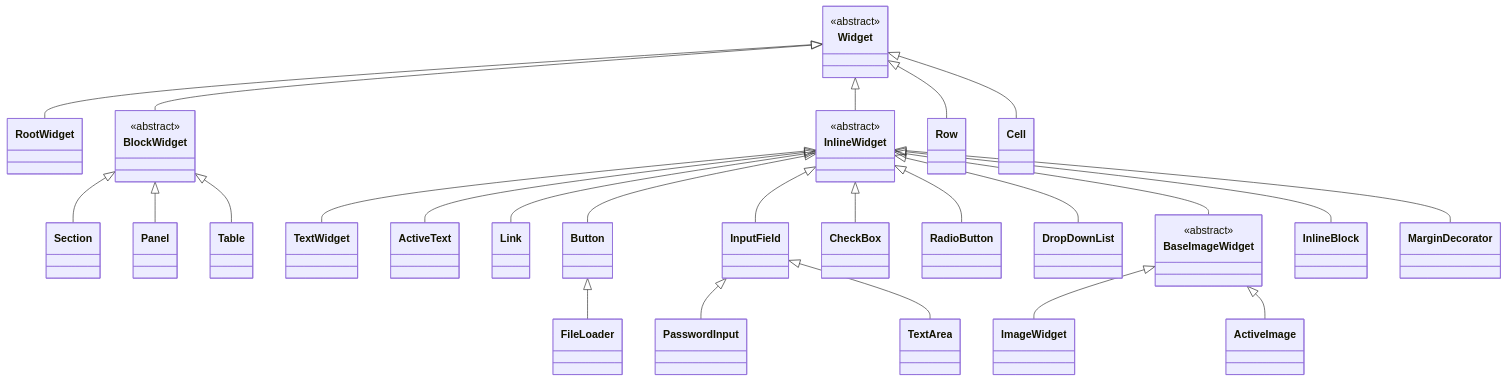
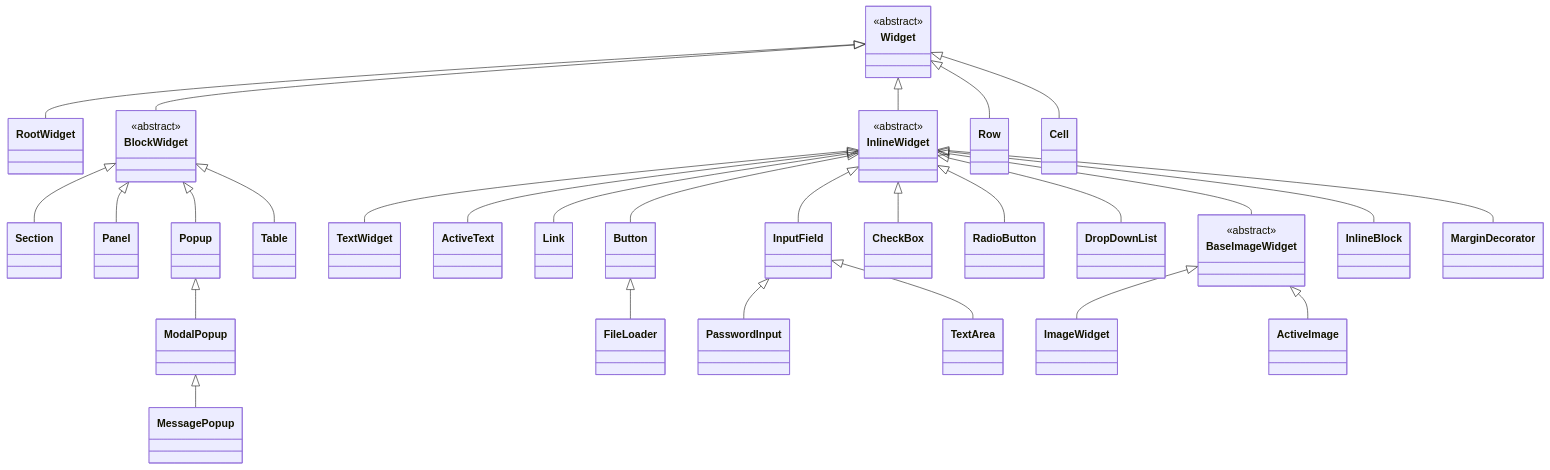
One commit to kniazkov/widgets changed the diagram in docs/WIDGETS.md. Above: the diagram before and after it, drawn with Mermaid. The commit also changed other lines of this file and 16 other files, not shown here.

````diff
--- a/docs/WIDGETS.md
+++ b/docs/WIDGETS.md
@@ -14,45 +14,48 @@
 ```mermaid
 classDiagram
     direction TB
 
     class Widget {
         <<abstract>>
     }
     class BlockWidget {
         <<abstract>>
     }
     class InlineWidget {
         <<abstract>>
     }
     class BaseImageWidget {
         <<abstract>>
     }
 
     Widget <|-- RootWidget
     Widget <|-- BlockWidget
     Widget <|-- InlineWidget
     Widget <|-- Row
     Widget <|-- Cell
 
     BlockWidget <|-- Section
     BlockWidget <|-- Panel
+    BlockWidget <|-- Popup
+    Popup <|-- ModalPopup
+    ModalPopup <|-- MessagePopup
     BlockWidget <|-- Table
 
     InlineWidget <|-- TextWidget
     InlineWidget <|-- ActiveText
     InlineWidget <|-- Link
     InlineWidget <|-- Button
     InlineWidget <|-- InputField
     InlineWidget <|-- CheckBox
     InlineWidget <|-- RadioButton
     InlineWidget <|-- DropDownList
     InlineWidget <|-- BaseImageWidget
     InlineWidget <|-- InlineBlock
     InlineWidget <|-- MarginDecorator
 
     Button <|-- FileLoader
     InputField <|-- PasswordInput
     InputField <|-- TextArea
     BaseImageWidget <|-- ImageWidget
     BaseImageWidget <|-- ActiveImage
 ```
````
